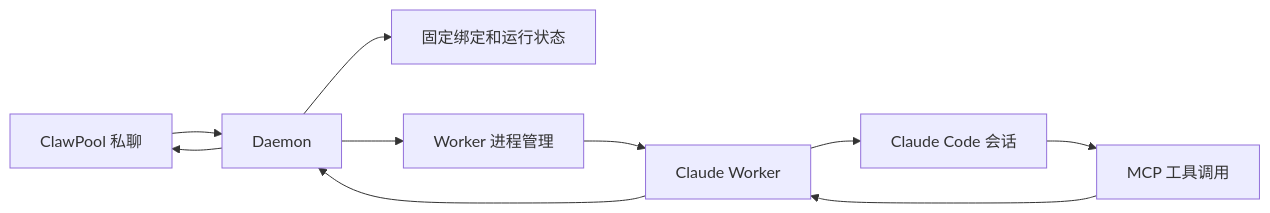
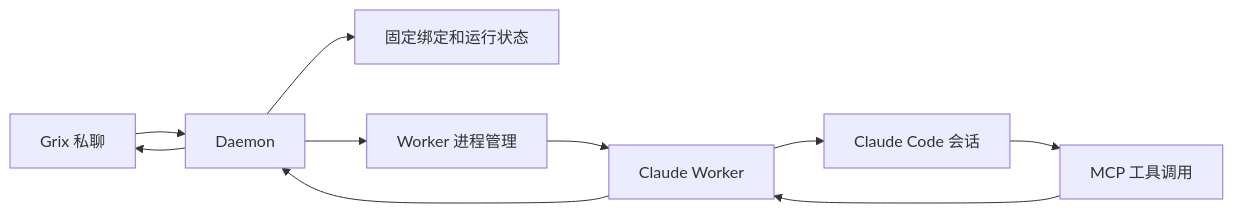
Before and after one commit to askie/clawpool-claude: the first of 4 diagrams in ARCHITECTURE.md, drawn with Mermaid. The commit also changed other lines of this file and 87 other files, not shown here.

Commit message:
Rename ClawPool Claude plugin brand to Grix

````diff
--- a/ARCHITECTURE.md
+++ b/ARCHITECTURE.md
@@ -11,20 +11,20 @@
 ```mermaid
 flowchart LR
-  CP["ClawPool 私聊"]
+  CP["Grix 私聊"]
   DA["Daemon"]
   BR["固定绑定和运行状态"]
   PM["Worker 进程管理"]
   WK["Claude Worker"]
   CC["Claude Code 会话"]
   MCP["MCP 工具调用"]
 
   CP --> DA
   DA --> BR
   DA --> PM
   PM --> WK
   WK --> CC
   CC --> MCP
   MCP --> WK
   WK --> DA
   DA --> CP
 ```
````
